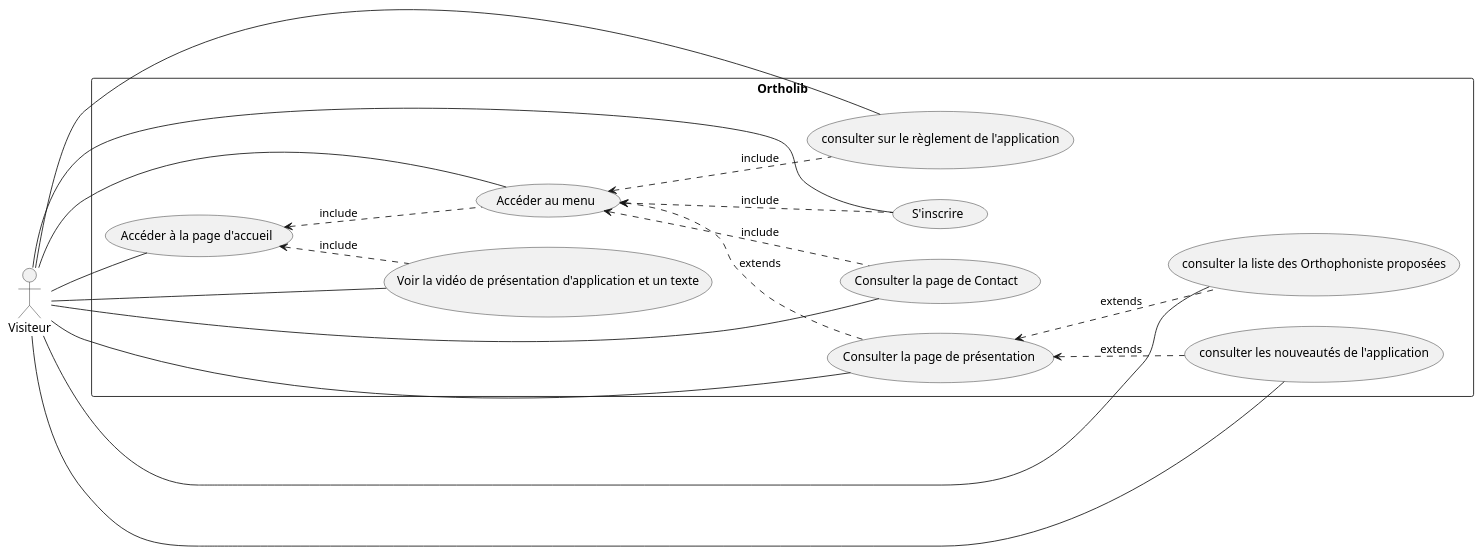
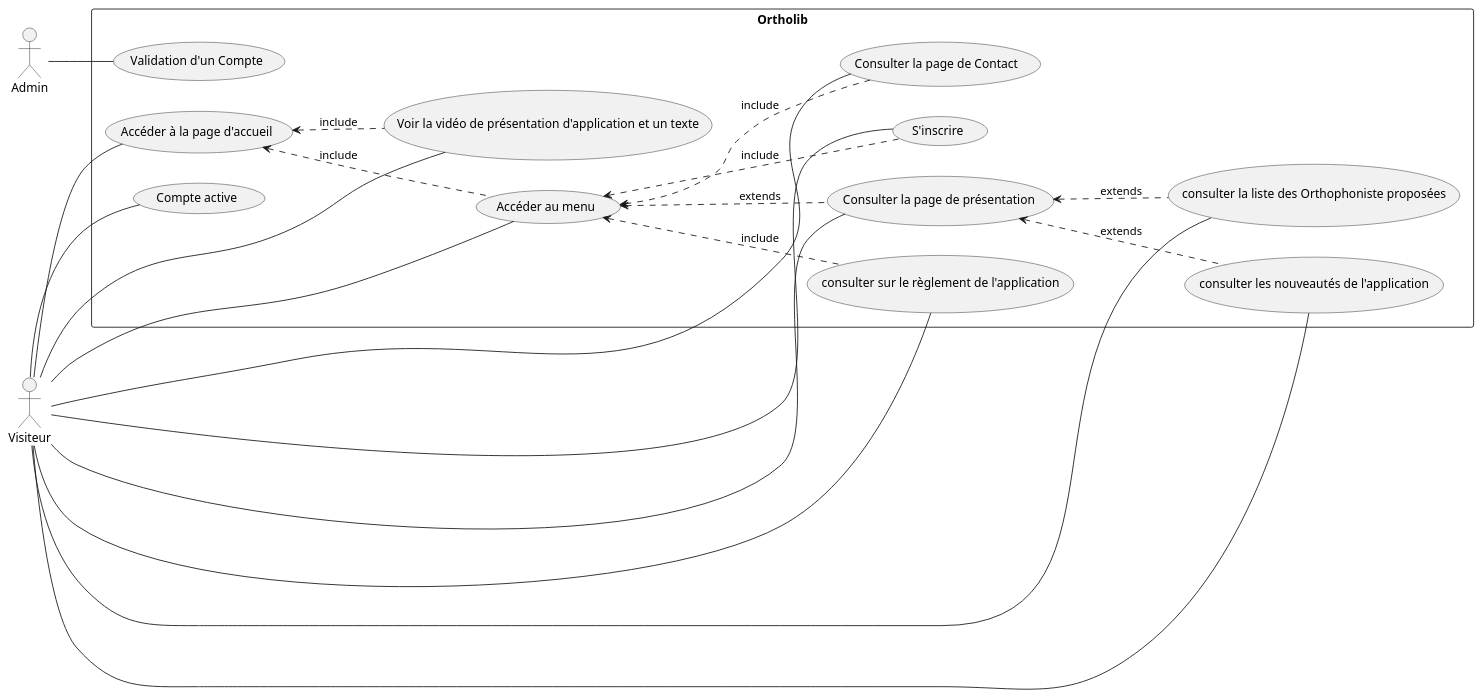
The diagram in analyse/UML/Fonctionnel/visiteur.wsd (elamranibilel/Ortholib), drawn with PlantUML before and after one commit.

Commit message:
visiteur

```diff
--- a/analyse/UML/Fonctionnel/visiteur.wsd
+++ b/analyse/UML/Fonctionnel/visiteur.wsd
@@ -1,43 +1,47 @@
 @startuml Application_visiteur
 
 left to right direction
 actor Visiteur
 
 rectangle Ortholib {
     usecase (Accéder à la page d'accueil) as accueil 
     usecase (Voir la vidéo de présentation d'application et un texte) as VideoPresentation
     usecase (Accéder au menu) as menu
     usecase (Consulter la page de Contact ) as contact
     usecase (Consulter la page de présentation ) as Presentation
     usecase (consulter la liste des Orthophoniste proposées) as ListeOrthophonistes
     usecase (consulter sur le règlement de l'application) as ReglementApplication
     usecase (consulter les nouveautés de l'application) as NouveautesApplication
 /'  usecase (Envoyer une des questions au formulaire de Contact ) as questionContact '/    
     usecase (S'inscrire) as inscription
     /' usecase (Recevoir un email de confirmation ) as emailConfirmation
     usecase (Saisir le code de confirmation) as codeConfirmation '/
+    usecase (Validation d'un Compte) as Valider
+    usecase (Compte active) as CompteActive
 }
 
 /' ACTOR -- USECASE'/
 Visiteur -- accueil
 Visiteur -- VideoPresentation
 Visiteur -- menu
 Visiteur -- Presentation
 Visiteur -- ListeOrthophonistes
 Visiteur -- ReglementApplication
 Visiteur -- NouveautesApplication
 Visiteur -- contact
 Visiteur -- inscription
+Admin -- Valider
+Visiteur -- CompteActive
 
 
 /' USECASE -- USECASE '/
 accueil <.. VideoPresentation : include
 accueil <.. menu : include
 menu <.. Presentation : extends
 menu <.. ReglementApplication : include
 Presentation <.. ListeOrthophonistes : extends
 Presentation <.. NouveautesApplication : extends
 menu <.. contact : include
 menu <.. inscription : include
 
 @enduml
```
